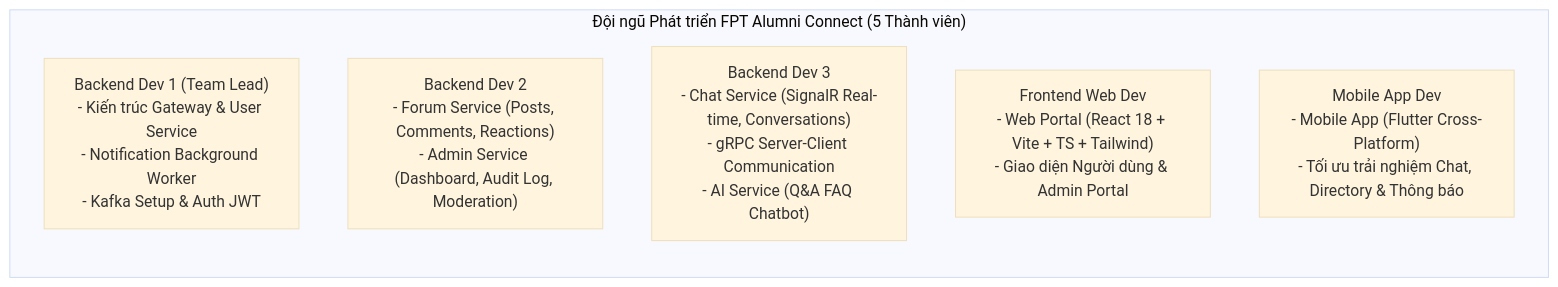
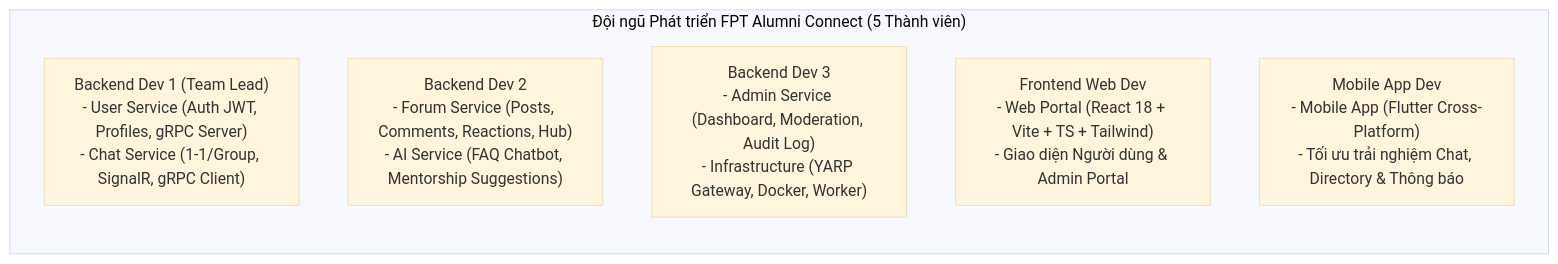
Before and after one commit to F-Alumni/f-alumni-guideline: the diagram in docs/03-service-boundaries.md, drawn with Mermaid (base theme). The commit also changed other lines of this file and 10 other files, not shown here.

````diff
--- a/docs/03-service-boundaries.md
+++ b/docs/03-service-boundaries.md
@@ -228,10 +228,10 @@
 ```mermaid
 flowchart LR
     subgraph Team["Đội ngũ Phát triển FPT Alumni Connect (5 Thành viên)"]
-        BE1["Backend Dev 1 (Team Lead)\n- Kiến trúc Gateway & User Service\n- Notification Background Worker\n- Kafka Setup & Auth JWT"]
-        BE2["Backend Dev 2\n- Forum Service (Posts, Comments, Reactions)\n- Admin Service (Dashboard, Audit Log, Moderation)"]
-        BE3["Backend Dev 3\n- Chat Service (SignalR Real-time, Conversations)\n- gRPC Server-Client Communication\n- AI Service (Q&A FAQ Chatbot)"]
+        BE1["Backend Dev 1 (Team Lead)\n- User Service (Auth JWT, Profiles, gRPC Server)\n- Chat Service (1-1/Group, SignalR, gRPC Client)"]
+        BE2["Backend Dev 2\n- Forum Service (Posts, Comments, Reactions, Hub)\n- AI Service (FAQ Chatbot, Mentorship Suggestions)"]
+        BE3["Backend Dev 3\n- Admin Service (Dashboard, Moderation, Audit Log)\n- Infrastructure (YARP Gateway, Docker, Worker)"]
         WEB["Frontend Web Dev\n- Web Portal (React 18 + Vite + TS + Tailwind)\n- Giao diện Người dùng & Admin Portal"]
         MOB["Mobile App Dev\n- Mobile App (Flutter Cross-Platform)\n- Tối ưu trải nghiệm Chat, Directory & Thông báo"]
     end
 ```
````
